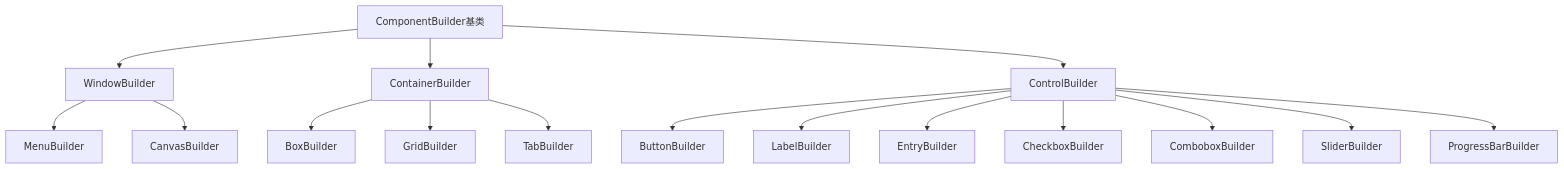
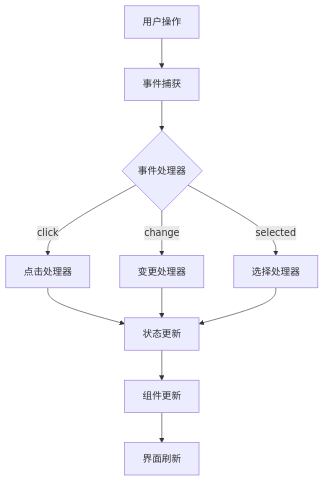
The tenth of 13 diagrams in .qoder/repowiki/zh/content/项目概述.md (yangweijie/libuiBuilder), drawn with Mermaid before and after one commit. The commit also changed other lines of this file and 126 other files, not shown here.

````diff
--- a/.qoder/repowiki/zh/content/项目概述.md
+++ b/.qoder/repowiki/zh/content/项目概述.md
@@ -184,18 +475,13 @@
 ```mermaid
-graph TD
-A[ComponentBuilder基类] --> B[WindowBuilder]
-A --> C[ContainerBuilder]
-A --> D[ControlBuilder]
-C --> E[BoxBuilder]
-C --> F[GridBuilder]
-C --> G[TabBuilder]
-D --> H[ButtonBuilder]
-D --> I[LabelBuilder]
-D --> J[EntryBuilder]
-D --> K[CheckboxBuilder]
-D --> L[ComboboxBuilder]
-D --> M[SliderBuilder]
-D --> N[ProgressBarBuilder]
-B --> O[MenuBuilder]
-B --> P[CanvasBuilder]
+flowchart TD
+UserAction[用户操作] --> EventCapture[事件捕获]
+EventCapture --> EventHandler{事件处理器}
+EventHandler --> |click| ClickHandler[点击处理器]
+EventHandler --> |change| ChangeHandler[变更处理器]
+EventHandler --> |selected| SelectHandler[选择处理器]
+ClickHandler --> StateUpdate[状态更新]
+ChangeHandler --> StateUpdate
+SelectHandler --> StateUpdate
+StateUpdate --> ComponentUpdate[组件更新]
+ComponentUpdate --> UIRefresh[界面刷新]
 ```
````
